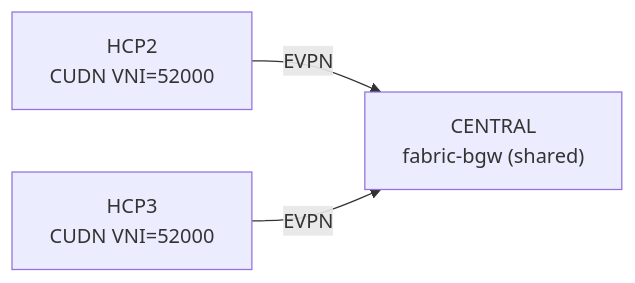
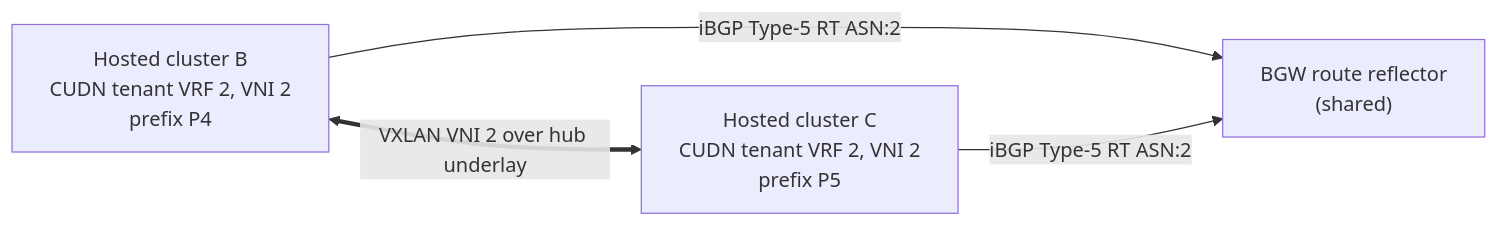
The third of 15 diagrams in design/fabric.md (hybrid-sovereign-cloud/hybridcloud-demojam), drawn with Mermaid before and after one commit. The commit also changed other lines of this file and 64 other files, not shown here.

````diff
--- a/design/fabric.md
+++ b/design/fabric.md
@@ -203,5 +221,6 @@
 ```mermaid
 flowchart LR
-  H2["HCP2\nCUDN VNI=52000"] -->|EVPN| RR["CENTRAL\nfabric-bgw (shared)"]
-  H3["HCP3\nCUDN VNI=52000"] -->|EVPN| RR
+  B1["Hosted cluster B\nCUDN tenant VRF 2, VNI 2\nprefix P4"] -- "iBGP Type-5 RT ASN:2" --> RR["BGW route reflector\n(shared)"]
+  B2["Hosted cluster C\nCUDN tenant VRF 2, VNI 2\nprefix P5"] -- "iBGP Type-5 RT ASN:2" --> RR
+  B1 <== "VXLAN VNI 2 over hub underlay" ==> B2
 ```
````
